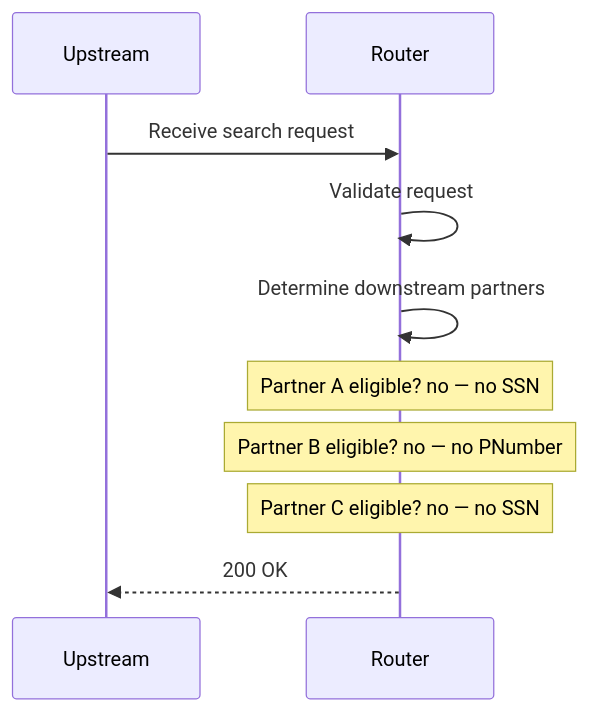
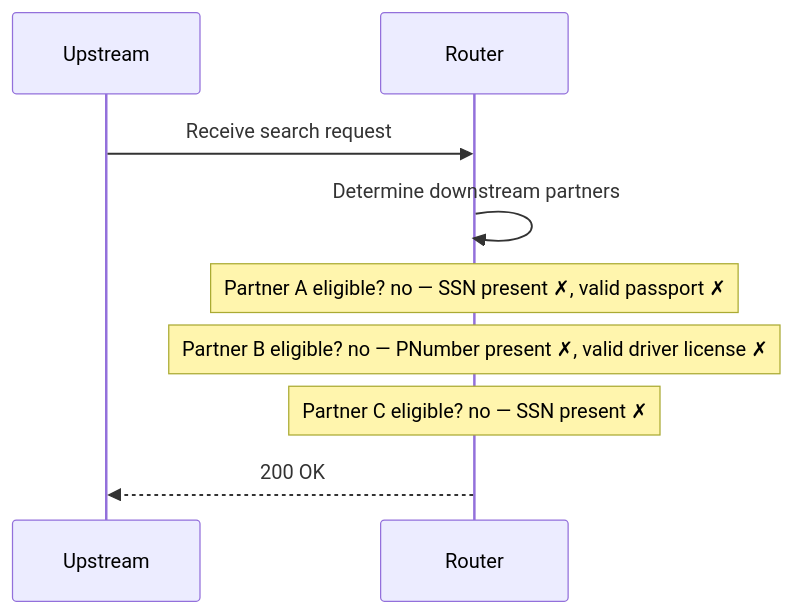
The diagram in main-app/docs/flows/no-partners.md (jwdomes/automockit), drawn with Mermaid before and after one commit. The commit also changed other lines of this file and 106 other files, not shown here.

First line of the commit message:
Extract flow docs into add-only library modules; switch Gradle to Groovy

````diff
--- a/main-app/docs/flows/no-partners.md
+++ b/main-app/docs/flows/no-partners.md
@@ -39,13 +39,12 @@
 ```mermaid
 sequenceDiagram
     %% No SSN and no PNumber: no partner is called
     participant UPSTREAM as Upstream
     participant ROUTER as Router
     UPSTREAM->>ROUTER: Receive search request
-    ROUTER->>ROUTER: Validate request
     ROUTER->>ROUTER: Determine downstream partners
-    Note over ROUTER: Partner A eligible? no — no SSN
-    Note over ROUTER: Partner B eligible? no — no PNumber
-    Note over ROUTER: Partner C eligible? no — no SSN
+    Note over ROUTER: Partner A eligible? no — SSN present ✗, valid passport ✗
+    Note over ROUTER: Partner B eligible? no — PNumber present ✗, valid driver license ✗
+    Note over ROUTER: Partner C eligible? no — SSN present ✗
     ROUTER-->>UPSTREAM: 200 OK
 ```
````
